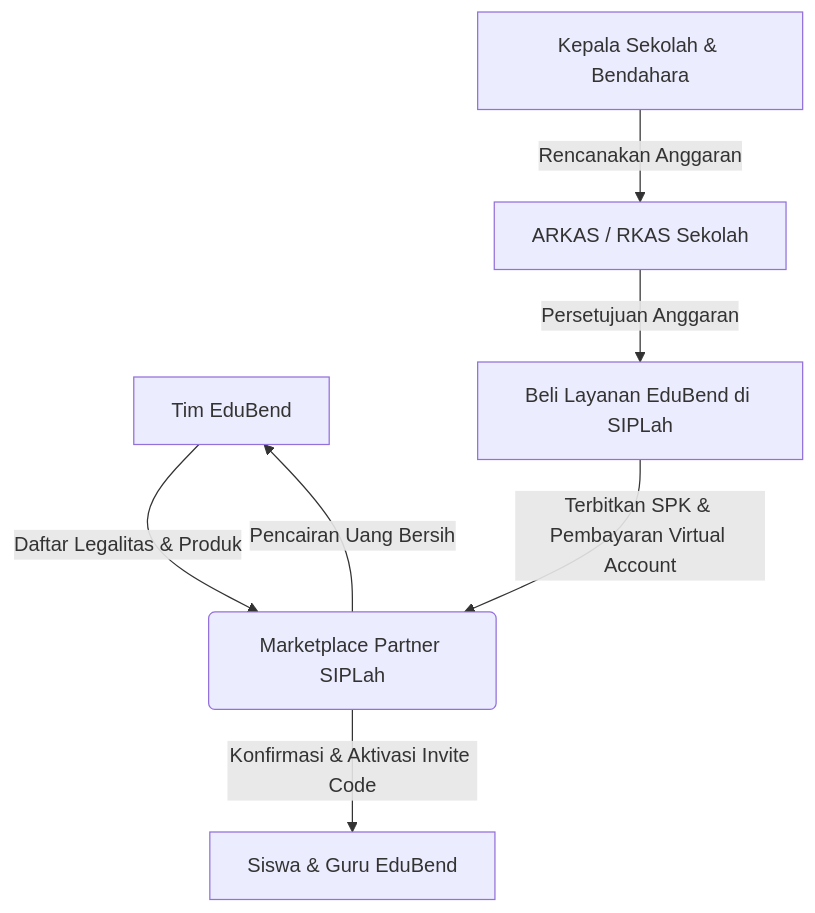
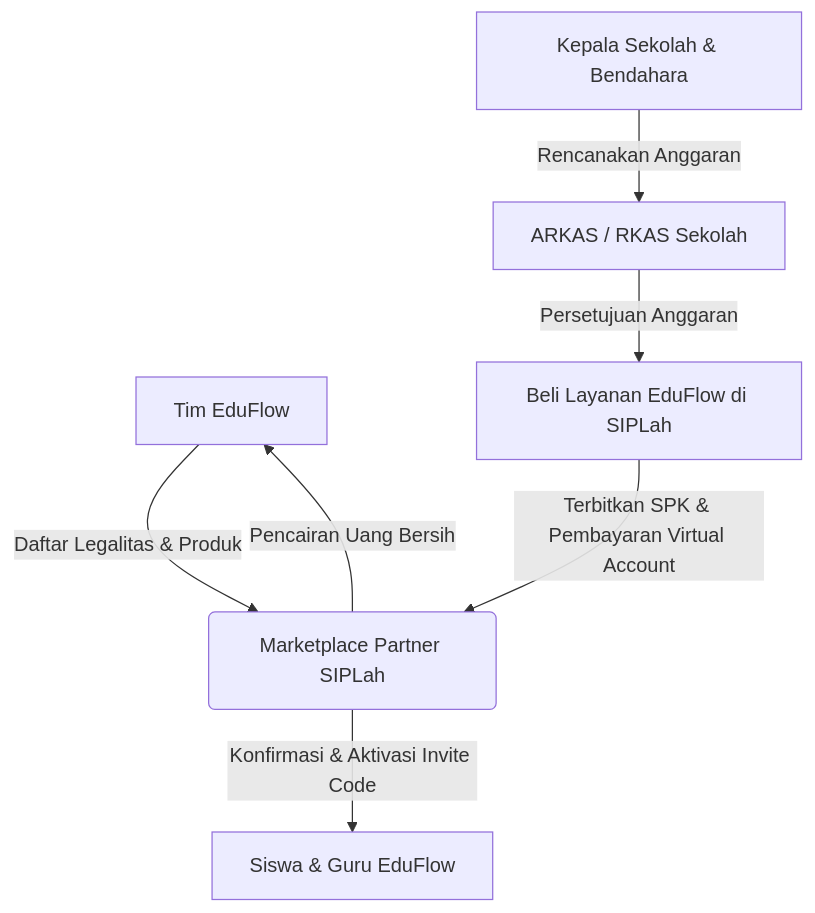
Before and after one commit to Areyoufunn/project1: the diagram in FINANCIAL_PLAN.md, drawn with Mermaid. The commit also changed other lines of this file and 8 other files, not shown here.

Commit message:
Rename EduBend to EduFlow in all project markdown files

````diff
--- a/FINANCIAL_PLAN.md
+++ b/FINANCIAL_PLAN.md
@@ -201,9 +201,9 @@
 ```mermaid
 graph TD
-    A[Tim EduBend] -->|Daftar Legalitas & Produk| B(Marketplace Partner SIPLah)
+    A[Tim EduFlow] -->|Daftar Legalitas & Produk| B(Marketplace Partner SIPLah)
     C[Kepala Sekolah & Bendahara] -->|Rencanakan Anggaran| D[ARKAS / RKAS Sekolah]
-    D -->|Persetujuan Anggaran| E[Beli Layanan EduBend di SIPLah]
+    D -->|Persetujuan Anggaran| E[Beli Layanan EduFlow di SIPLah]
     E -->|Terbitkan SPK & Pembayaran Virtual Account| B
-    B -->|Konfirmasi & Aktivasi Invite Code| F[Siswa & Guru EduBend]
+    B -->|Konfirmasi & Aktivasi Invite Code| F[Siswa & Guru EduFlow]
     B -->|Pencairan Uang Bersih| A
 ```
````
